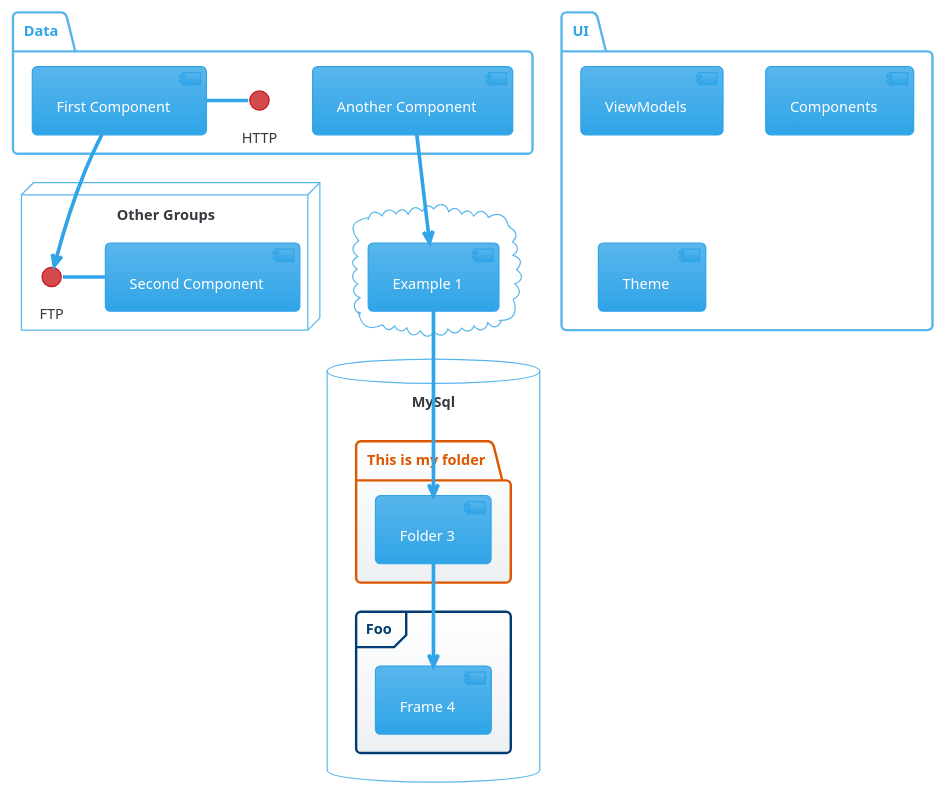
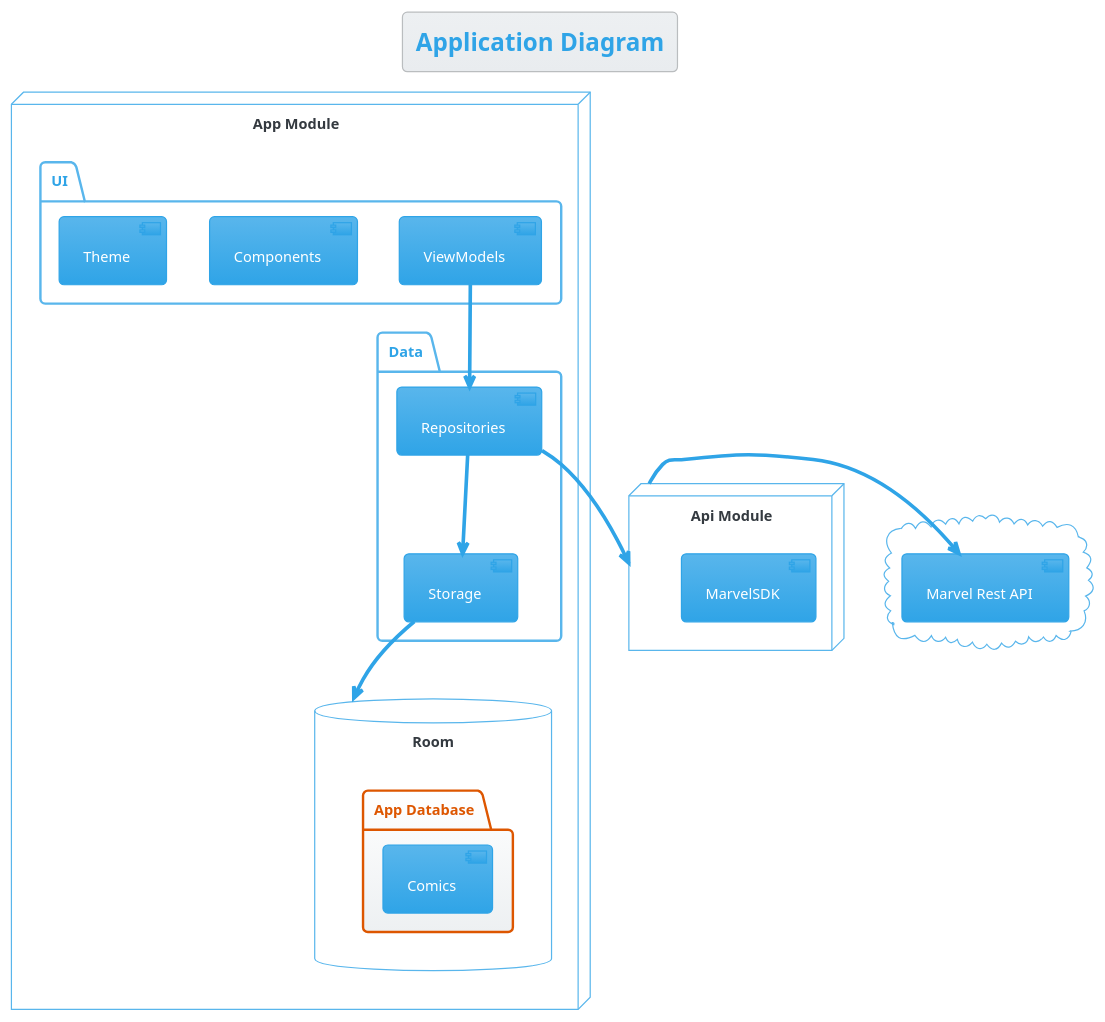
Before and after one commit to EpiphX/marvel-demo: the diagram in docs/app-composition.puml, drawn with PlantUML. The commit also changed 1 other file, not shown here.

Commit message:
Updated plantuml documentation and saved image for app architecture

```diff
--- a/docs/app-composition.puml
+++ b/docs/app-composition.puml
@@ -1,41 +1,45 @@
 @startuml
 !theme cerulean
 'https://plantuml.com/component-diagram
 
+title Application Diagram
+
+node "App Module" {
+  [UI]
+  [Data]
+  [Room]
+}
 
 package "UI" {
-  [ViewModels]
-  [Components]
-  [Theme]
+    [ViewModels]
+    [Components]
+    [Theme]
 }
 
 package "Data" {
-  HTTP - [First Component]
-  [Another Component]
+    [Repositories]
+    [Storage]
 }
 
-node "Other Groups" {
-  FTP - [Second Component]
-  [First Component] --> FTP
+database "Room" {
+    folder "App Database" {
+       [Comics]
+    }
+}
+
+[ViewModels] --> [Repositories]
+[Repositories] --> [Storage]
+[Repositories] --> [Api Module]
+
+[Storage] --> "Room"
+
+node "Api Module" {
+   [MarvelSDK]
 }
 
 cloud {
-  [Example 1]
+   [Marvel Rest API]
 }
 
-
-database "MySql" {
-  folder "This is my folder" {
-    [Folder 3]
-  }
-  frame "Foo" {
-    [Frame 4]
-  }
-}
-
-
-[Another Component] --> [Example 1]
-[Example 1] --> [Folder 3]
-[Folder 3] --> [Frame 4]
-
+"Api Module" -> [Marvel Rest API]
 @enduml
```
